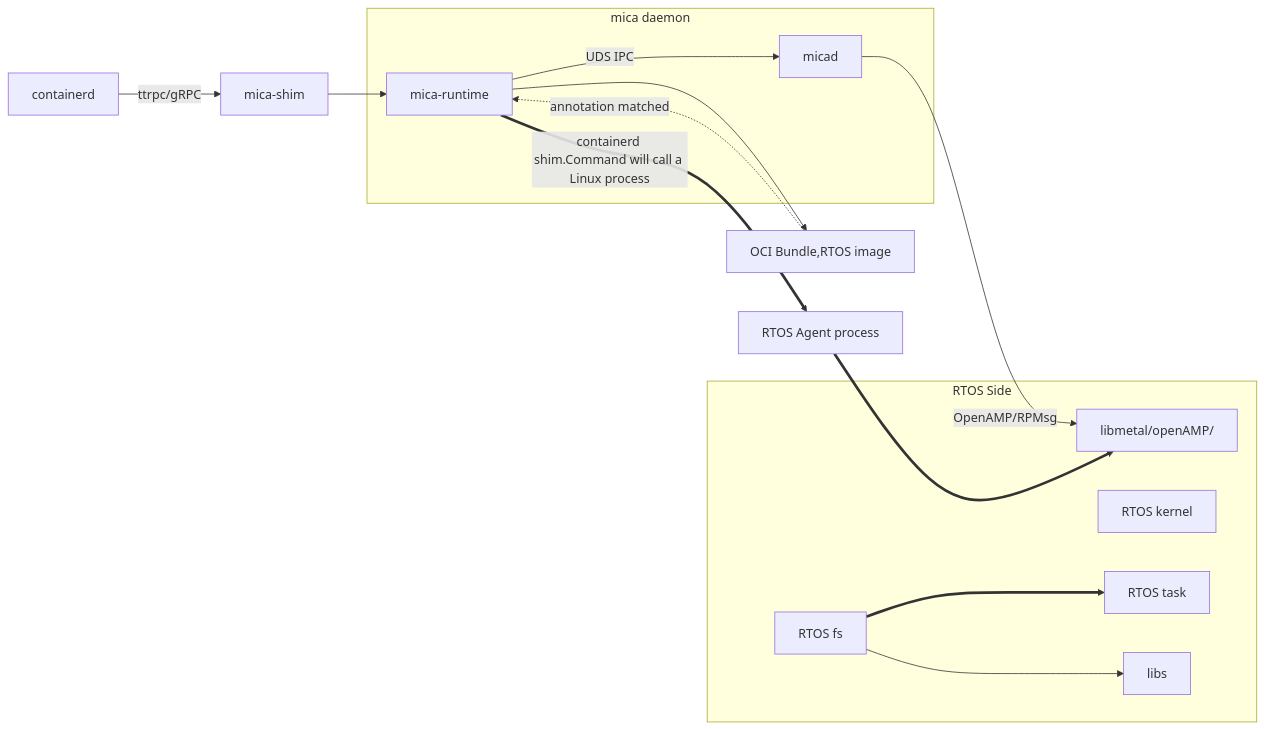
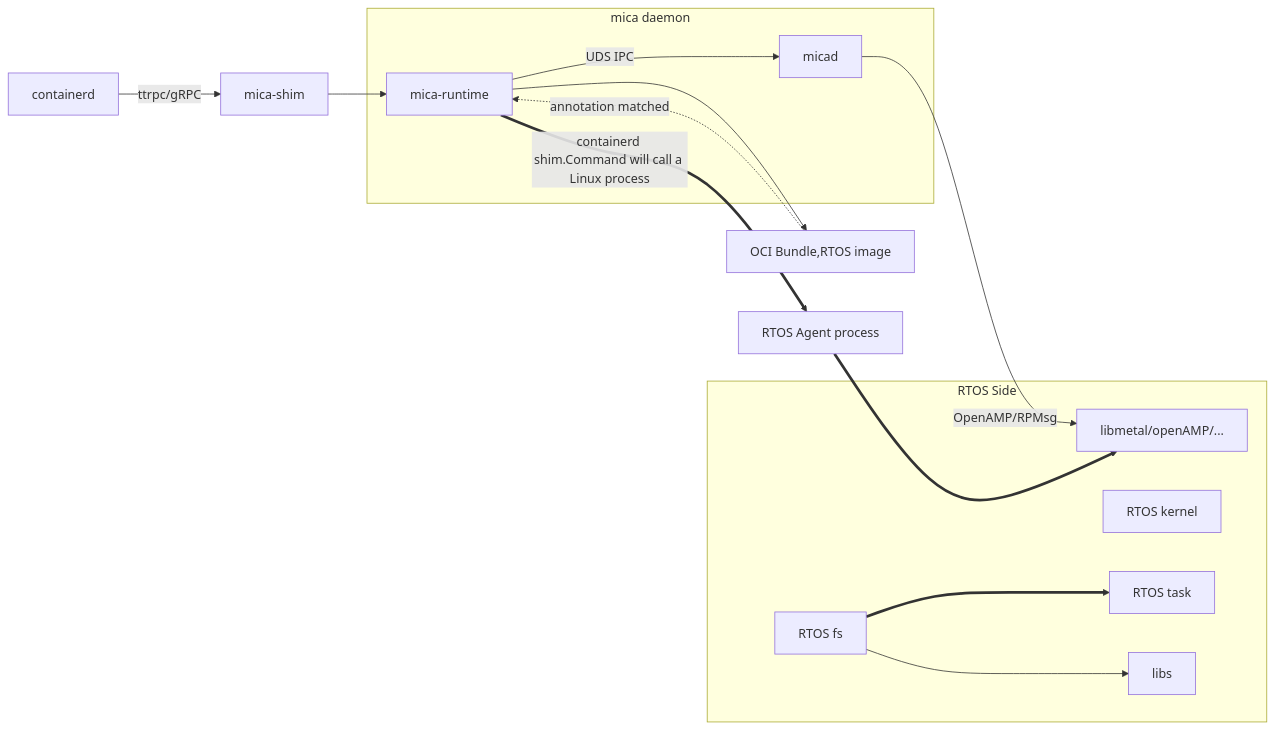
Before and after one commit to Egg12138/iodraw-files: the diagram in all/未命名.md, drawn with Mermaid.

Commit message:
2025-06-21 17:13:49 update

````diff
--- a/all/未命名.md
+++ b/all/未命名.md
@@ -1,24 +1,25 @@
 ```mermaid
 
 graph LR
     CD[containerd] -->|ttrpc/gRPC| S
     S[mica-shim] --> MR
     MR[mica-runtime] -->|UDS IPC| A[micad]
     MR -->C[OCI Bundle,RTOS image]
     MR ==>|containerd shim.Command will call a Linux process|AG[RTOS Agent process]
     A -->|OpenAMP/RPMsg| B[RTOS Remote Core]
     C -.->|annotation matched| MR
     AG ==>B
     subgraph RTOS Side
-        B[libmetal/openAMP/]
+        B[libmetal/openAMP/...]
         K[RTOS kernel]
         D[RTOS fs] ==> E
         D --> L[libs]
+        D
         E[RTOS task]
     end
     subgraph mica daemon
         A
         MR
     end
 
 ```
````
